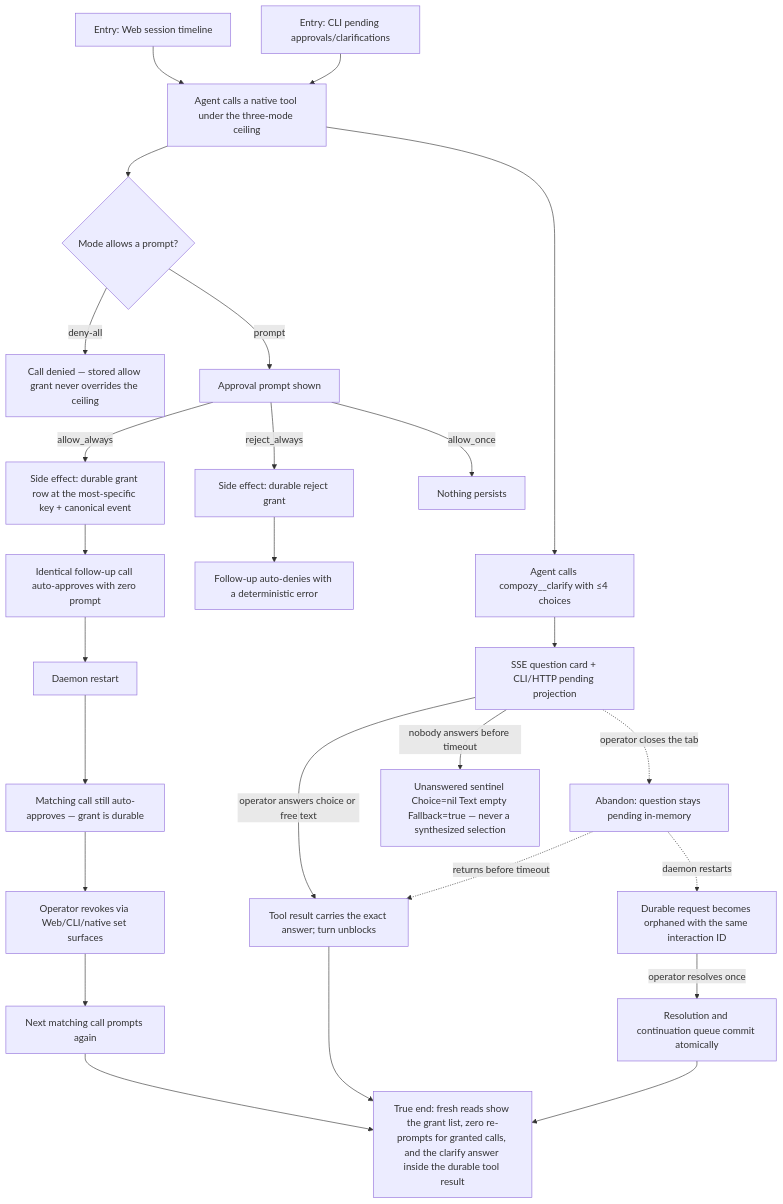
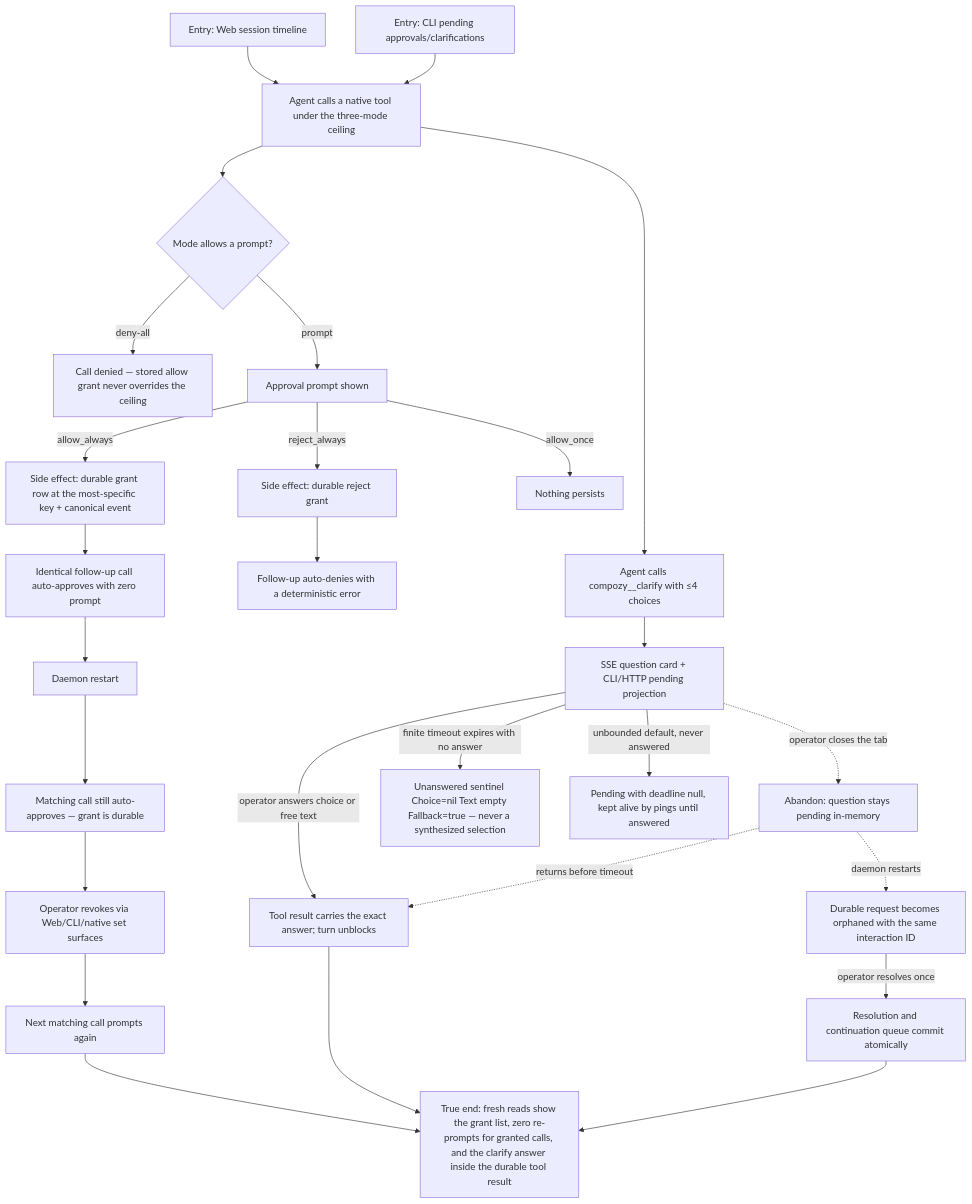
One commit to compozy/compozy changed the diagram in docs/qa/journeys/J-answer-agent-requests.md. Above: the diagram before and after it, drawn with Mermaid. The commit also changed other lines of this file and 59 other files, not shown here.

First line of the commit message:
fix: fixing clarify tool call timeout with keep-alive pings (#661)

````diff
--- a/docs/qa/journeys/J-answer-agent-requests.md
+++ b/docs/qa/journeys/J-answer-agent-requests.md
@@ -9,28 +11,29 @@
 ```mermaid
 flowchart TD
     E1[Entry: Web session timeline] --> P[Agent calls a native tool under the three-mode ceiling]
     E2[Entry: CLI pending approvals/clarifications] --> P
     P --> M{Mode allows a prompt?}
     M -->|deny-all| DENY[Call denied — stored allow grant never overrides the ceiling]
     M -->|prompt| A[Approval prompt shown]
     A -->|allow_always| G[Side effect: durable grant row at the most-specific key + canonical event]
     A -->|reject_always| RJ[Side effect: durable reject grant]
     A -->|allow_once| ONCE[Nothing persists]
     G --> F[Identical follow-up call auto-approves with zero prompt]
     RJ --> FD[Follow-up auto-denies with a deterministic error]
     F --> R[Daemon restart]
     R --> F2[Matching call still auto-approves — grant is durable]
     F2 --> RV[Operator revokes via Web/CLI/native set surfaces]
     RV --> RP[Next matching call prompts again]
     P --> C[Agent calls compozy__clarify with ≤4 choices]
     C --> Q[SSE question card + CLI/HTTP pending projection]
     Q -->|operator answers choice or free text| AN[Tool result carries the exact answer; turn unblocks]
-    Q -->|nobody answers before timeout| TS[Unanswered sentinel Choice=nil Text empty Fallback=true — never a synthesized selection]
+    Q -->|finite timeout expires with no answer| TS[Unanswered sentinel Choice=nil Text empty Fallback=true — never a synthesized selection]
+    Q -->|unbounded default, never answered| UP[Pending with deadline null, kept alive by pings until answered]
     Q -.->|operator closes the tab| AB[Abandon: question stays pending in-memory]
     AB -.->|returns before timeout| AN
     AB -.->|daemon restarts| ORPHAN[Durable request becomes orphaned with the same interaction ID]
     ORPHAN -->|operator resolves once| RESUME[Resolution and continuation queue commit atomically]
     RESUME --> TE
     AN --> TE[True end: fresh reads show the grant list, zero re-prompts for granted calls, and the clarify answer inside the durable tool result]
     RP --> TE
 ```
````
